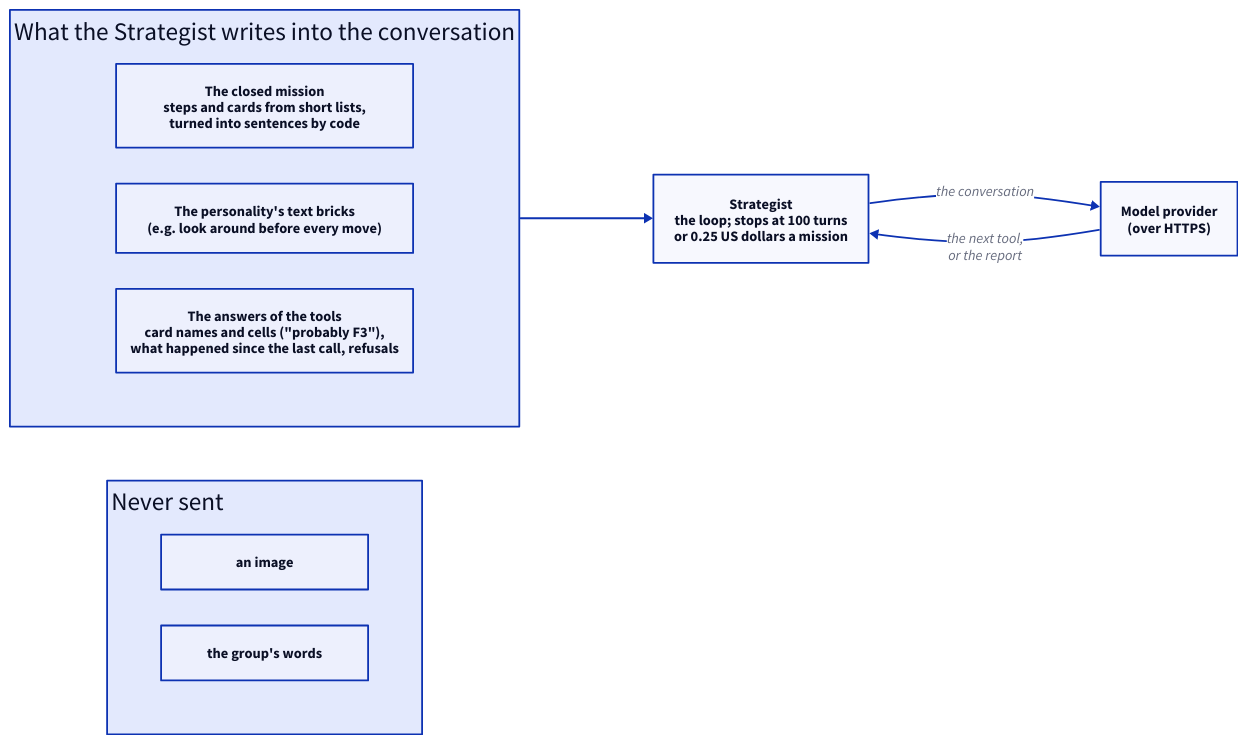
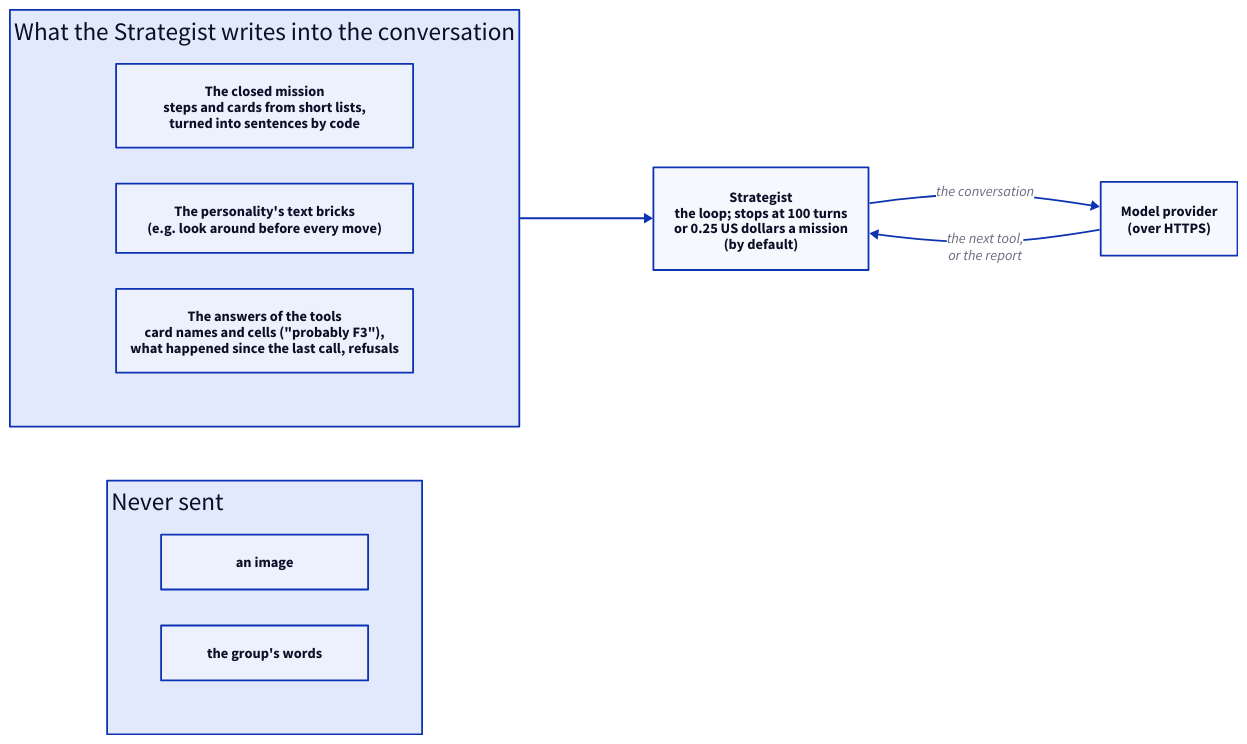
One commit to Youth-AI-Lab/yal-robot-guide changed the diagram in images/07-model-context.d2. Above: the diagram before and after it, drawn with D2. The commit also changed 21 other files, not shown here.

```diff
--- a/images/07-model-context.d2
+++ b/images/07-model-context.d2
@@ -1,27 +1,27 @@
 # 7. What enters the Strategist's model's context, and what never does.
 
 direction: right
 
 inputs: "What the Strategist writes into the conversation" {
   class: layer
   label.near: top-left
   grid-columns: 1
   mission: "The closed mission\nsteps and cards from short lists,\nturned into sentences by code" {class: part; width: 330}
   personality: "The personality's text bricks\n(e.g. look around before every move)" {class: part; width: 330}
   results: "The answers of the tools\ncard names and cells (\"probably F3\"),\nwhat happened since the last call, refusals" {class: part; width: 330}
 }
 
-strategist: "Strategist\nthe loop; stops at 100 turns\nor 0.25 US dollars a mission" {class: tier}
+strategist: "Strategist\nthe loop; stops at 100 turns\nor 0.25 US dollars a mission\n(by default)" {class: tier}
 provider: "Model provider\n(over HTTPS)" {class: part}
 
 never: "Never sent" {
   class: layer
   label.near: top-left
   grid-columns: 1
   images: "an image" {class: never; width: 230}
   words: "the group's words" {class: never; width: 230}
 }
 
 inputs -> strategist
 strategist -> provider: "the conversation"
 provider -> strategist: "the next tool,\nor the report"
```
